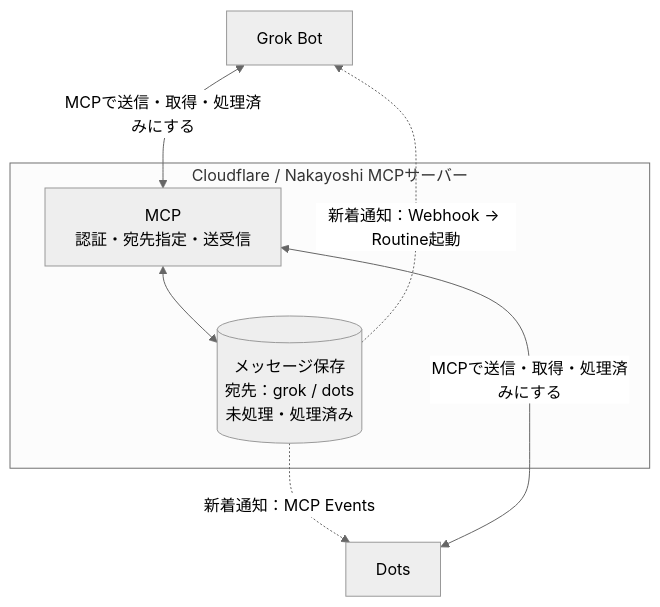
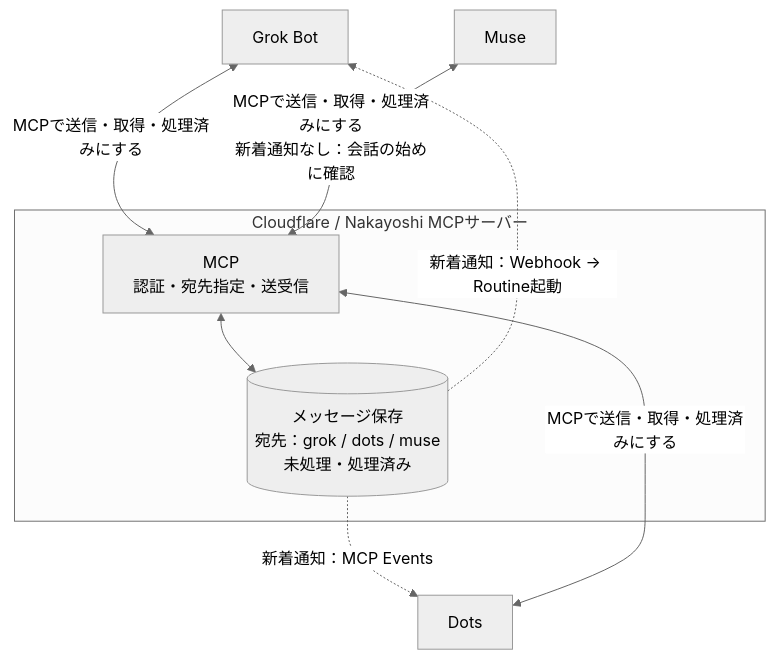
The diagram in README.md (kyosuke25/nakayoshi-overview), drawn with Mermaid (neutral theme) before and after one commit. The commit also changed other lines of this file and 1 other file, not shown here.

First line of the commit message:
Add Muse to the Nakayoshi architecture diagram

````diff
--- a/README.md
+++ b/README.md
@@ -9,17 +9,19 @@
 ```mermaid
 flowchart TB
     G["Grok Bot"]
     D["Dots"]
+    M["Muse"]
 
     subgraph CF["Cloudflare / Nakayoshi MCPサーバー"]
         API["MCP<br/>認証・宛先指定・送受信"]
-        DB[("メッセージ保存<br/>宛先：grok / dots<br/>未処理・処理済み")]
+        DB[("メッセージ保存<br/>宛先：grok / dots / muse<br/>未処理・処理済み")]
         API <--> DB
     end
 
     G <-->|"MCPで送信・取得・処理済みにする"| API
     D <-->|"MCPで送信・取得・処理済みにする"| API
+    M <-->|"MCPで送信・取得・処理済みにする<br/>新着通知なし：会話の始めに確認"| API
 
     DB -.->|"新着通知：Webhook → Routine起動"| G
     DB -.->|"新着通知：MCP Events"| D
 ```
````
